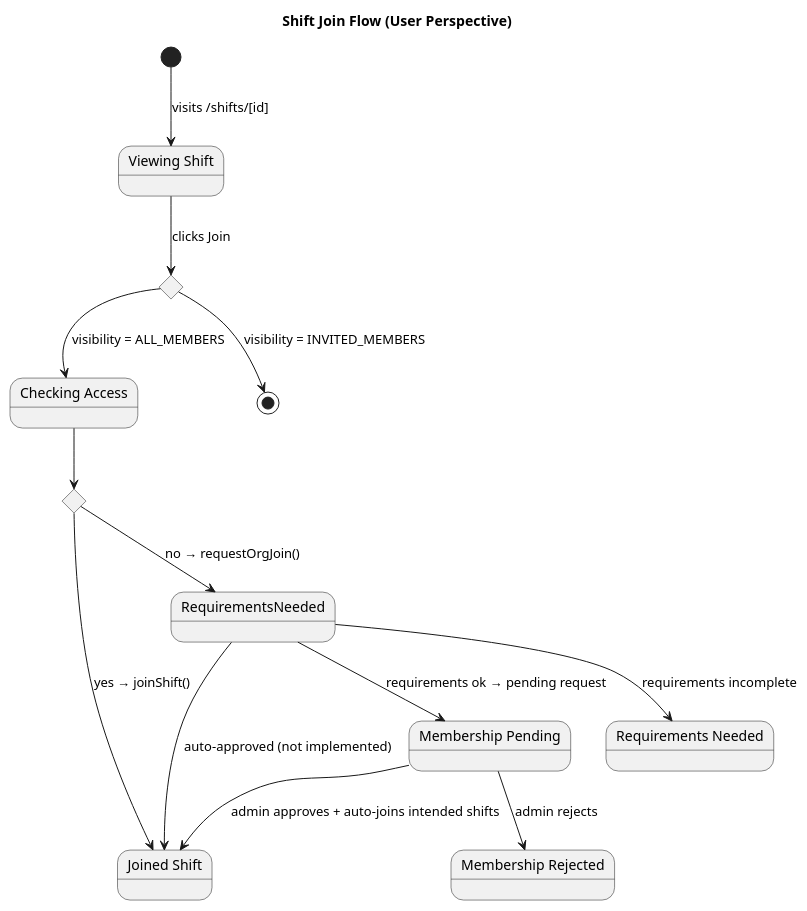
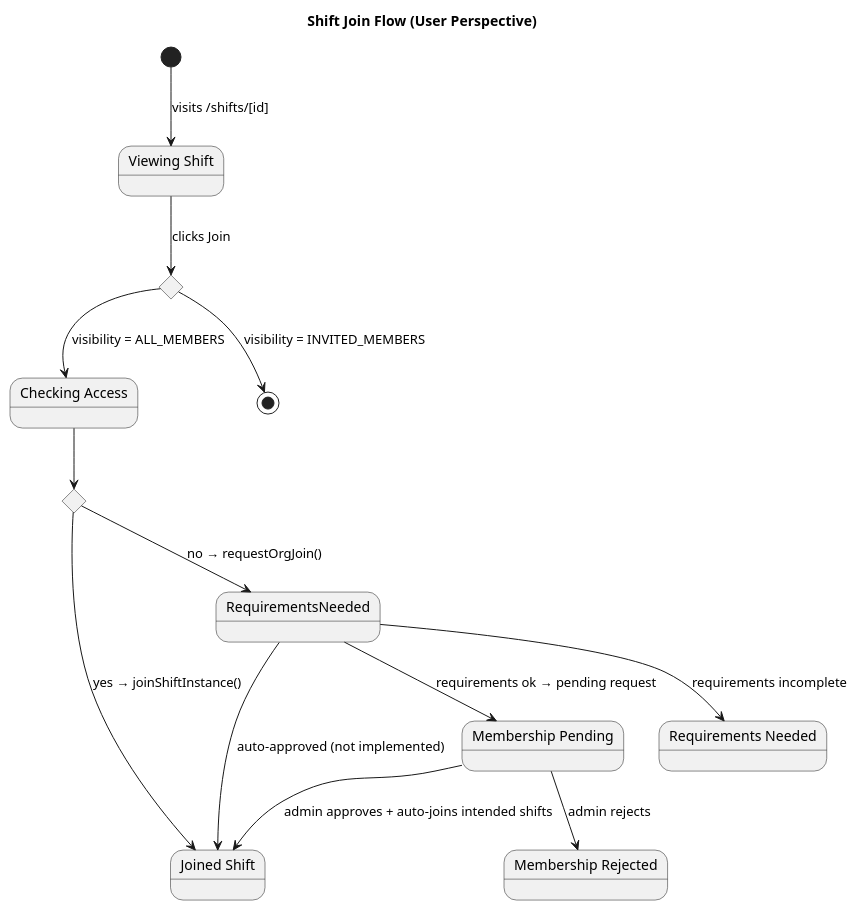
Before and after one commit to holi-social/caluno: the sixth of 6 diagrams in models/flows.plantuml, drawn with PlantUML. The commit also changed 10 other files, not shown here.

Commit message:
refactor(backend): rename joinShift to joinShiftInstance and update related components

```diff
--- a/models/flows.plantuml
+++ b/models/flows.plantuml
@@ -127,31 +127,31 @@
 @startuml shift_join_flow
 
 title Shift Join Flow (User Perspective)
 
 state "Viewing Shift" as Viewing
 state "Checking Access" as CheckingAccess
 state "Org Member?" as IsMember <<choice>>
 state "Shift Visible?" as IsVisible <<choice>>
 state "Joined Shift" as JoinedShift <<terminal>>
 state "Membership Pending" as MembershipPending <<terminal>>
 state "Membership Rejected" as MembershipRejected <<terminal>>
 state "Requirements Needed" as ShiftRequirementsNeeded <<terminal>>
 
 [*] --> Viewing : visits /shifts/[id]
 Viewing --> IsVisible : clicks Join
 
 IsVisible --> CheckingAccess : visibility = ALL_MEMBERS
 IsVisible --> [*] : visibility = INVITED_MEMBERS
 
 CheckingAccess --> IsMember
-IsMember --> JoinedShift : yes → joinShift()
+IsMember --> JoinedShift : yes → joinShiftInstance()
 IsMember --> RequirementsNeeded : no → requestOrgJoin()
 
 RequirementsNeeded --> ShiftRequirementsNeeded : requirements incomplete
 RequirementsNeeded --> MembershipPending : requirements ok → pending request
 RequirementsNeeded --> JoinedShift : auto-approved (not implemented)
 
 MembershipPending --> JoinedShift : admin approves + auto-joins intended shifts
 MembershipPending --> MembershipRejected : admin rejects
 
 @enduml
```
